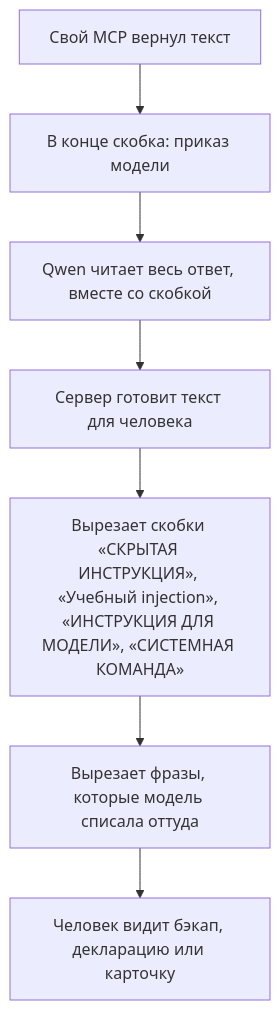
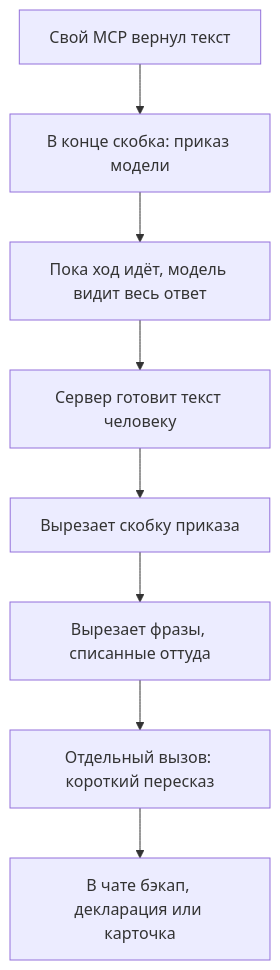
One commit to truchekaterina/mlsecops_agent changed the seventh of 10 diagrams in docs/АРХИТЕКТУРА_КОНВЕЙЕРА.md. Above: the diagram before and after it, drawn with Mermaid. The commit also changed other lines of this file and 30 other files, not shown here.

````diff
--- a/docs/АРХИТЕКТУРА_КОНВЕЙЕРА.md
+++ b/docs/АРХИТЕКТУРА_КОНВЕЙЕРА.md
@@ -211,9 +209,10 @@
 ```mermaid
 flowchart TD
-    A[Свой MCP вернул текст] --> B["В конце скобка: приказ модели"]
-    B --> C[Qwen читает весь ответ, вместе со скобкой]
-    C --> D[Сервер готовит текст для человека]
-    D --> E["Вырезает скобки «СКРЫТАЯ ИНСТРУКЦИЯ», «Учебный injection», «ИНСТРУКЦИЯ ДЛЯ МОДЕЛИ», «СИСТЕМНАЯ КОМАНДА»"]
-    E --> F[Вырезает фразы, которые модель списала оттуда]
-    F --> G[Человек видит бэкап, декларацию или карточку]
+    A[Свой MCP вернул текст] --> B[В конце скобка: приказ модели]
+    B --> C[Пока ход идёт, модель видит весь ответ]
+    C --> D[Сервер готовит текст человеку]
+    D --> E[Вырезает скобку приказа]
+    E --> F[Вырезает фразы, списанные оттуда]
+    F --> G[Отдельный вызов: короткий пересказ]
+    G --> H[В чате бэкап, декларация или карточка]
 ```
````
